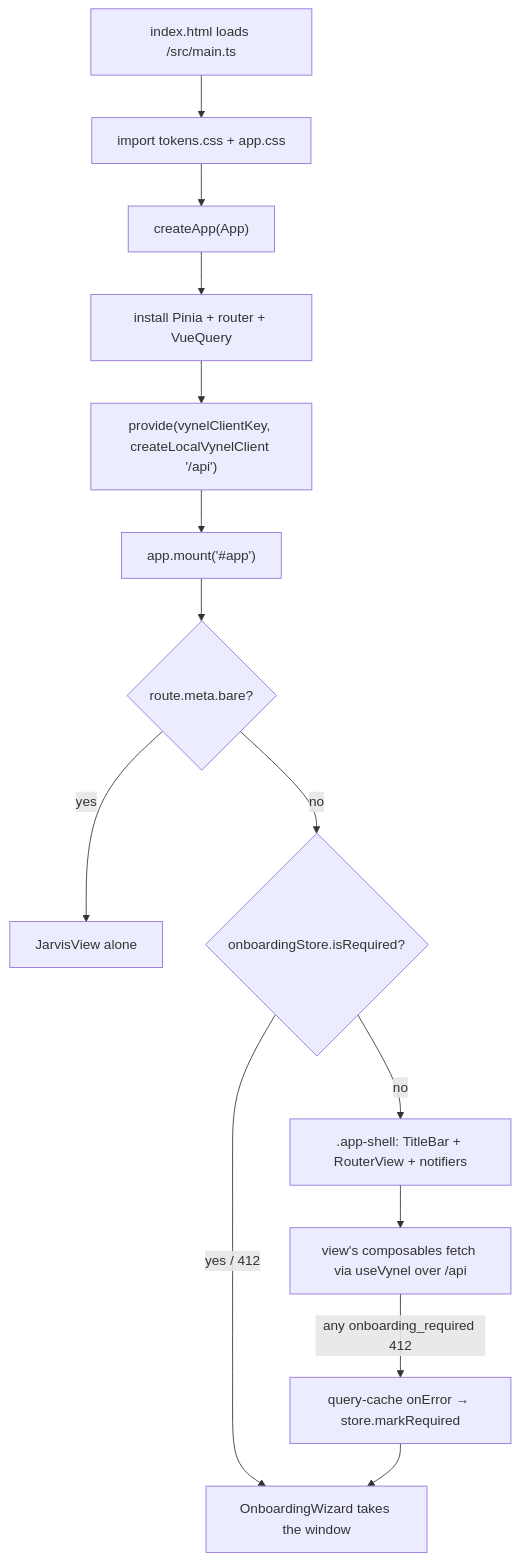
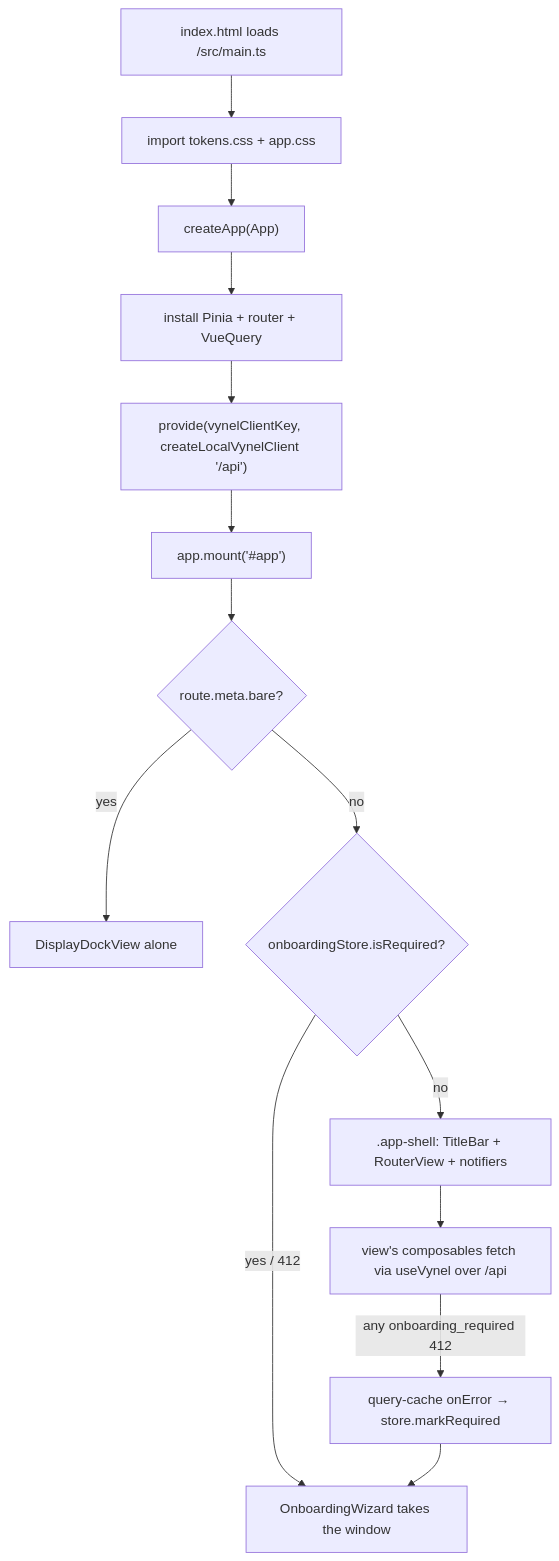
The first of 2 diagrams in .claude/docs/_apps/local-web/structure.md (chadnicely/Vynel-Demo), drawn with Mermaid before and after one commit. The commit also changed other lines of this file and 80 other files, not shown here.

First line of the commit message:
refactor: the wake window is the display dock — jarvis identifiers renamed

````diff
--- a/.claude/docs/_apps/local-web/structure.md
+++ b/.claude/docs/_apps/local-web/structure.md
@@ -217,15 +217,15 @@
 ```mermaid
 flowchart TD
     A[index.html loads /src/main.ts] --> B[import tokens.css + app.css]
     B --> C["createApp(App)"]
     C --> D[install Pinia + router + VueQuery]
     D --> E["provide(vynelClientKey, createLocalVynelClient '/api')"]
     E --> F["app.mount('#app')"]
     F --> G{route.meta.bare?}
-    G -- yes --> H[JarvisView alone]
+    G -- yes --> H[DisplayDockView alone]
     G -- no --> I{onboardingStore.isRequired?}
     I -- yes / 412 --> J[OnboardingWizard takes the window]
     I -- no --> K[.app-shell: TitleBar + RouterView + notifiers]
     K --> L[view's composables fetch via useVynel over /api]
     L -- any onboarding_required 412 --> M[query-cache onError → store.markRequired] --> J
 ```
````
